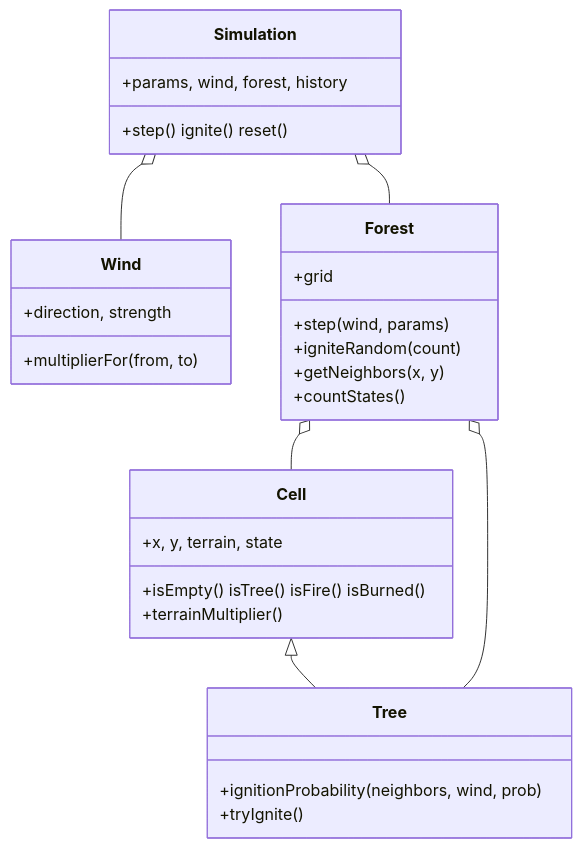
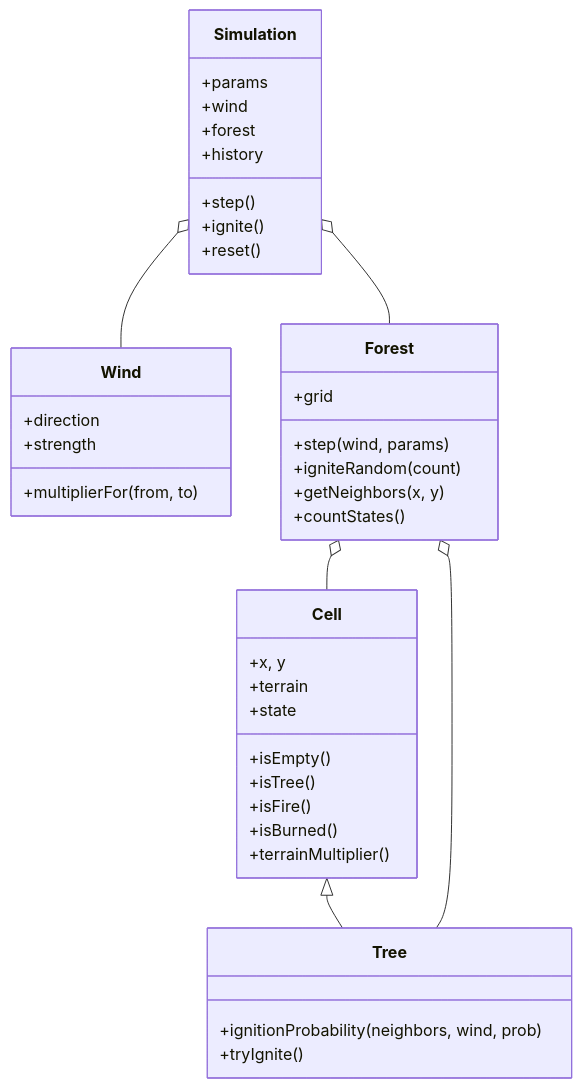
One commit to wizAHAHAH/forest_fire changed the diagram in README.md. Above: the diagram before and after it, drawn with Mermaid. The commit also changed other lines of this file, not shown here.

````diff
--- a/README.md
+++ b/README.md
@@ -88,33 +82,44 @@
 ```mermaid
 classDiagram
     class Cell {
-        +x, y, terrain, state
-        +isEmpty() isTree() isFire() isBurned()
+        +x, y
+        +terrain
+        +state
+        +isEmpty()
+        +isTree()
+        +isFire()
+        +isBurned()
         +terrainMultiplier()
     }
     class Tree {
         +ignitionProbability(neighbors, wind, prob)
         +tryIgnite()
     }
     class Wind {
-        +direction, strength
+        +direction
+        +strength
         +multiplierFor(from, to)
     }
     class Forest {
         +grid
         +step(wind, params)
         +igniteRandom(count)
         +getNeighbors(x, y)
         +countStates()
     }
     class Simulation {
-        +params, wind, forest, history
-        +step() ignite() reset()
+        +params
+        +wind
+        +forest
+        +history
+        +step()
+        +ignite()
+        +reset()
     }
 
     Cell <|-- Tree
     Forest o-- Cell
     Forest o-- Tree
     Simulation o-- Forest
     Simulation o-- Wind
 ```
````
